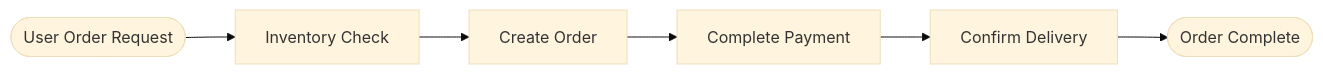
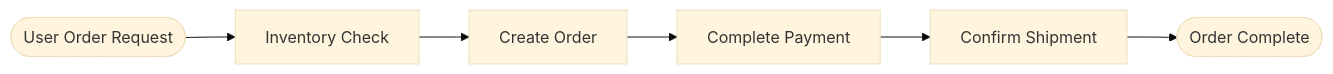
Before and after one commit to TBice123123/langchain-dev-utils: the first of 2 diagrams in docs/en/adavance-guide/graph.md, drawn with Mermaid (base theme). The commit also changed other lines of this file and 23 other files, not shown here.

````diff
--- a/docs/en/adavance-guide/graph.md
+++ b/docs/en/adavance-guide/graph.md
@@ -36,11 +40,11 @@
 ```mermaid
 graph LR
     Start([User Order Request])
     Inv[Inventory Check]
     Ord[Create Order]
     Pay[Complete Payment]
-    Del[Confirm Delivery]
+    Del[Confirm Shipment]
     End([Order Complete])
 
     Start --> Inv --> Ord --> Pay --> Del --> End
 ```
````
